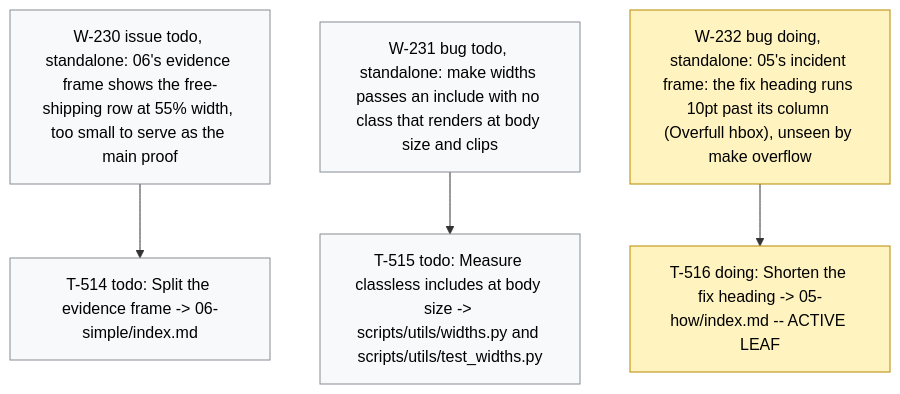
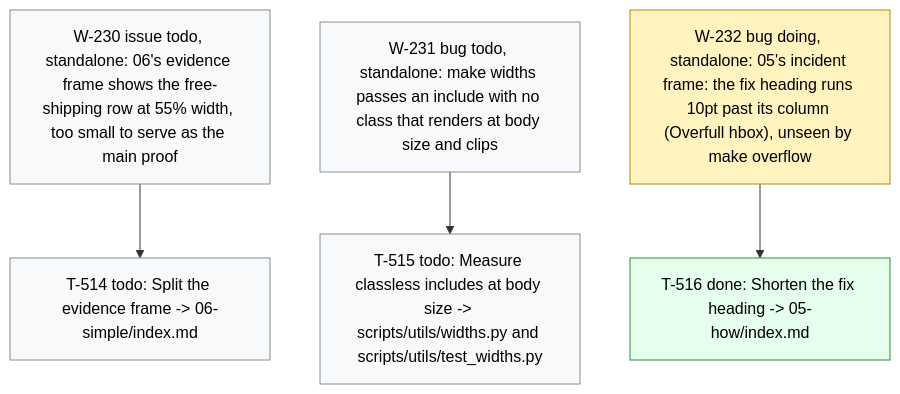
The diagram in .board/BOARD.md (dpopchev/chaos-to-simple), drawn with Mermaid before and after one commit. The commit also changed other lines of this file and 1 other file, not shown here.

Commit message:
chore(board): close T-516 -- W-232 ready to land
Refs: W-232 T-516

````diff
--- a/.board/BOARD.md
+++ b/.board/BOARD.md
@@ -1368,16 +1368,17 @@
 ```mermaid
 flowchart TD
   W230["W-230 issue todo, standalone: 06's evidence frame shows the free-shipping row at 55% width, too small to serve as the main proof"]
   W230 --> T514["T-514 todo: Split the evidence frame -> 06-simple/index.md"]
   W231["W-231 bug todo, standalone: make widths passes an include with no class that renders at body size and clips"]
   W231 --> T515["T-515 todo: Measure classless includes at body size -> scripts/utils/widths.py and scripts/utils/test_widths.py"]
   W232["W-232 bug doing, standalone: 05's incident frame: the fix heading runs 10pt past its column (Overfull hbox), unseen by make overflow"]
-  W232 --> T516["T-516 doing: Shorten the fix heading -> 05-how/index.md -- ACTIVE LEAF"]
+  W232 --> T516["T-516 done: Shorten the fix heading -> 05-how/index.md"]
   classDef doing fill:#fff3bf,stroke:#b58900,color:#000;
   classDef blocked fill:#ffe3e3,stroke:#c92a2a,color:#000;
   classDef done fill:#e6ffed,stroke:#2b8a3e,color:#000;
   classDef todo fill:#f8f9fa,stroke:#868e96,color:#000;
   classDef pruned fill:#f1f3f5,stroke:#adb5bd,color:#000;
-  class W232,T516 doing
+  class W232 doing
+  class T516 done
   class W230,T514,W231,T515 todo
 ```
````
